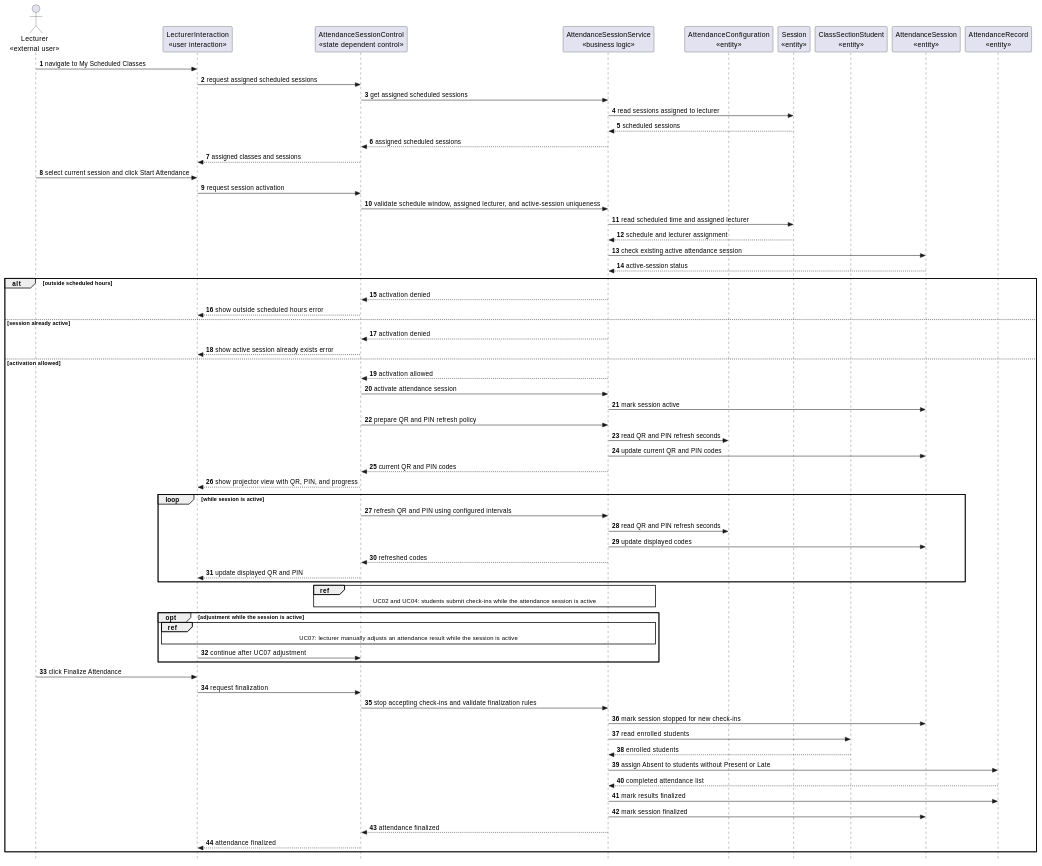
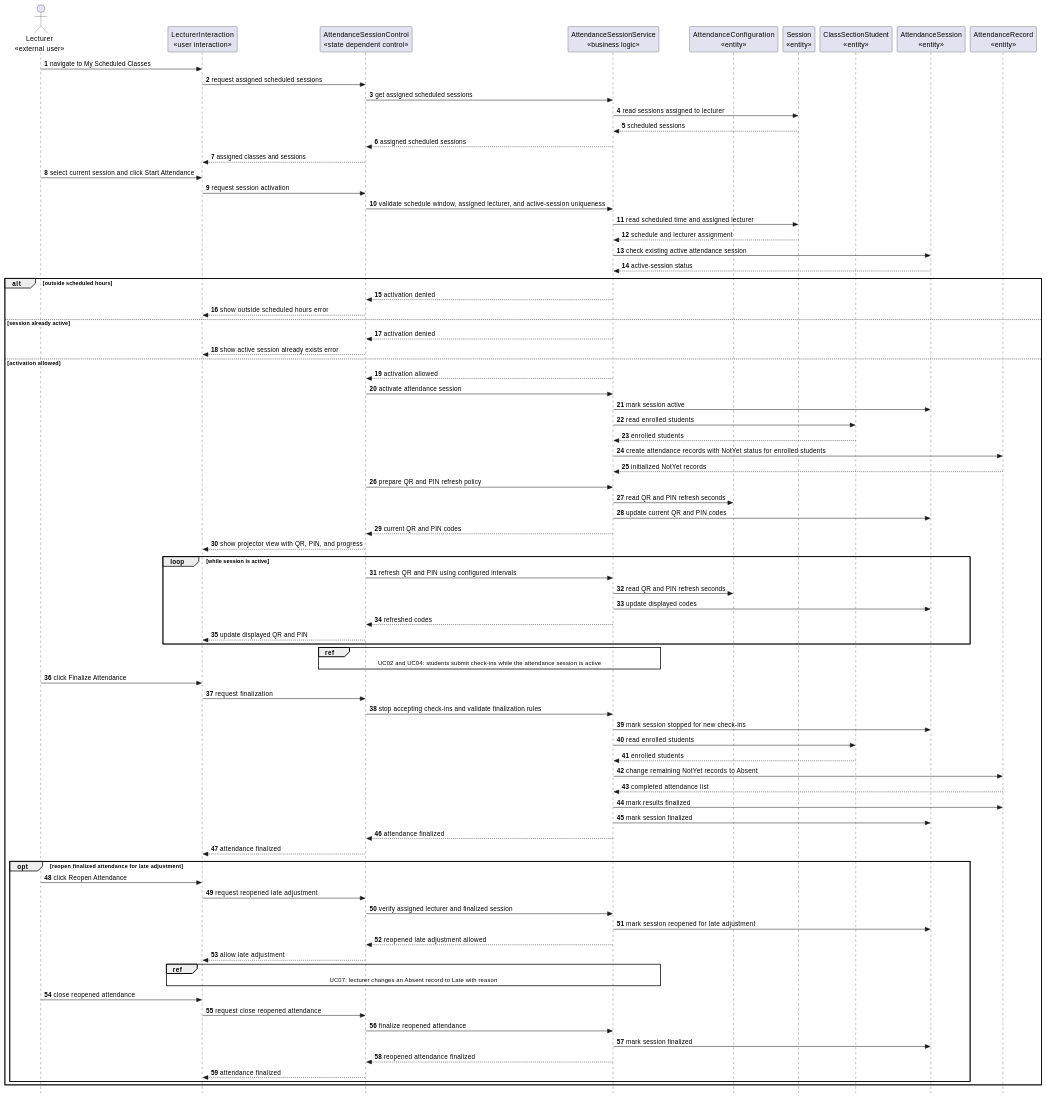
Diagram 15 of 26 in docs/rds/2_Analysis.md (nttung42/SWD392), drawn with PlantUML before and after one commit. The commit also changed other lines of this file and 2 other files, not shown here.

````diff
--- a/docs/rds/2_Analysis.md
+++ b/docs/rds/2_Analysis.md
@@ -712,6 +711,10 @@
   SessionRules --> SessionControl : activation allowed
   SessionControl -> SessionRules : activate attendance session
   SessionRules -> AttendanceSession : mark session active
+  SessionRules -> ClassSectionStudent : read enrolled students
+  ClassSectionStudent --> SessionRules : enrolled students
+  SessionRules -> AttendanceRecord : create attendance records with NotYet status for enrolled students
+  AttendanceRecord --> SessionRules : initialized NotYet records
   SessionControl -> SessionRules : prepare QR and PIN refresh policy
   SessionRules -> AttendanceConfig : read QR and PIN refresh seconds
   SessionRules -> AttendanceSession : update current QR and PIN codes
@@ -730,25 +733,38 @@
     UC02 and UC04: students submit check-ins while the attendance session is active
   end
 
-  opt adjustment while the session is active
-    ref over LecturerUI, SessionControl, SessionRules
-      UC07: lecturer manually adjusts an attendance result while the session is active
-    end
-    LecturerUI -> SessionControl : continue after UC07 adjustment
-  end
-
   Lecturer -> LecturerUI : click Finalize Attendance
   LecturerUI -> SessionControl : request finalization
   SessionControl -> SessionRules : stop accepting check-ins and validate finalization rules
   SessionRules -> AttendanceSession : mark session stopped for new check-ins
   SessionRules -> ClassSectionStudent : read enrolled students
   ClassSectionStudent --> SessionRules : enrolled students
-  SessionRules -> AttendanceRecord : assign Absent to students without Present or Late
+  SessionRules -> AttendanceRecord : change remaining NotYet records to Absent
   AttendanceRecord --> SessionRules : completed attendance list
   SessionRules -> AttendanceRecord : mark results finalized
   SessionRules -> AttendanceSession : mark session finalized
   SessionRules --> SessionControl : attendance finalized
   SessionControl --> LecturerUI : attendance finalized
+
+  opt reopen finalized attendance for late adjustment
+    Lecturer -> LecturerUI : click Reopen Attendance
+    LecturerUI -> SessionControl : request reopened late adjustment
+    SessionControl -> SessionRules : verify assigned lecturer and finalized session
+    SessionRules -> AttendanceSession : mark session reopened for late adjustment
+    SessionRules --> SessionControl : reopened late adjustment allowed
+    SessionControl --> LecturerUI : allow late adjustment
+
+    ref over LecturerUI, SessionControl, SessionRules
+      UC07: lecturer changes an Absent record to Late with reason
+    end
+
+    Lecturer -> LecturerUI : close reopened attendance
+    LecturerUI -> SessionControl : request close reopened attendance
+    SessionControl -> SessionRules : finalize reopened attendance
+    SessionRules -> AttendanceSession : mark session finalized
+    SessionRules --> SessionControl : reopened attendance finalized
+    SessionControl --> LecturerUI : attendance finalized
+  end
 end
 @enduml
 ```
````
